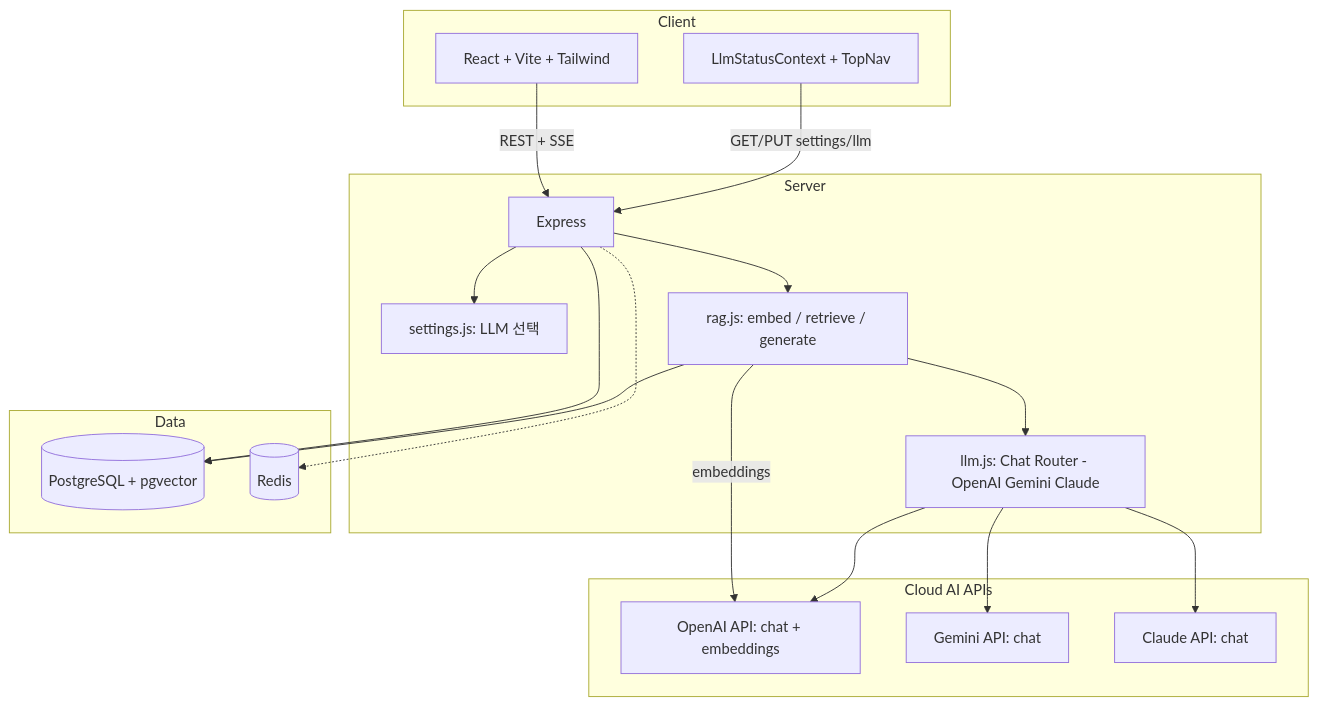
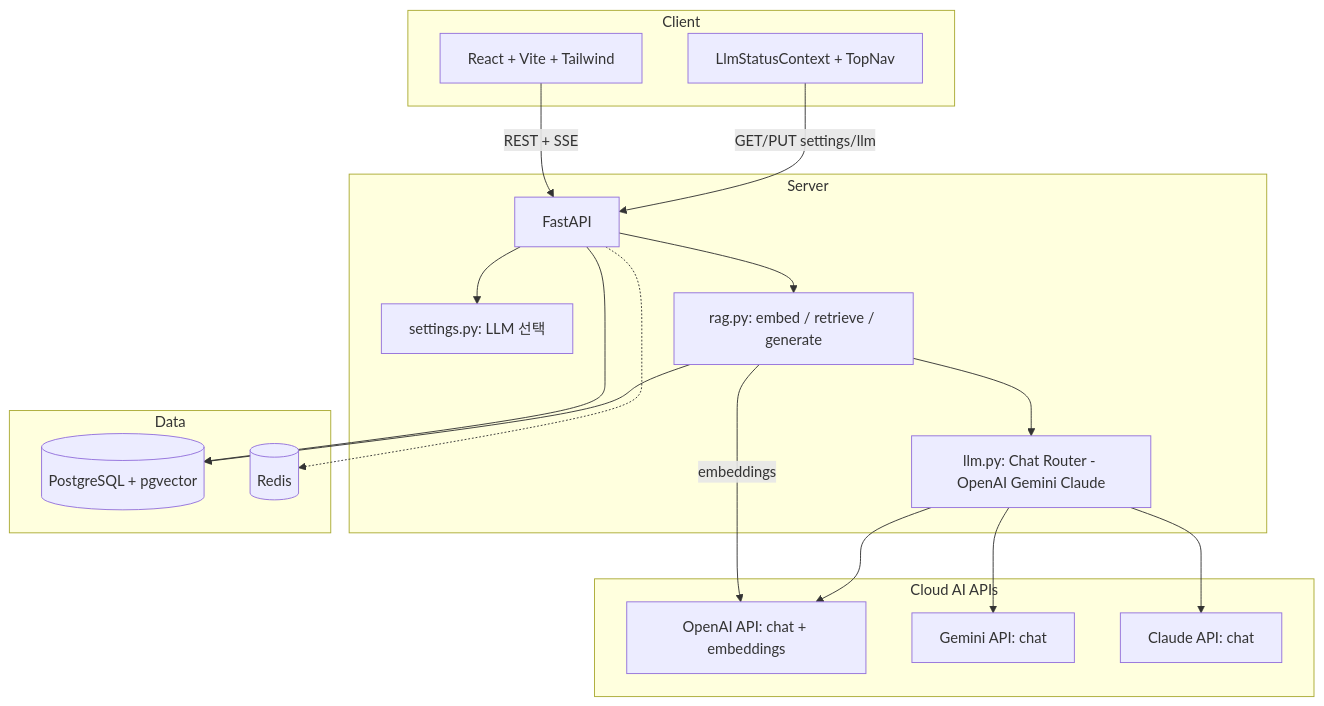
Before and after one commit to yoonJJ/cert-rag-platform: the first of 3 diagrams in README.md, drawn with Mermaid. The commit also changed other lines of this file and 38 other files, not shown here.

Commit message:
백엔드 FastAPI 전환 및 문서 단위 지식베이스·메뉴·청크 뷰어 개편

````diff
--- a/README.md
+++ b/README.md
@@ -84,34 +85,34 @@
 ```mermaid
 flowchart TB
   subgraph client [Client]
     UI[React + Vite + Tailwind]
     LLMUI[LlmStatusContext + TopNav]
   end
   subgraph server [Server]
-    API[Express]
-    SET[settings.js: LLM 선택]
-    RAG[rag.js: embed / retrieve / generate]
-    LLM[llm.js: Chat Router - OpenAI Gemini Claude]
+    API[FastAPI]
+    SET[settings.py: LLM 선택]
+    RAG[rag.py: embed / retrieve / generate]
+    LLM[llm.py: Chat Router - OpenAI Gemini Claude]
   end
   subgraph data [Data]
     PG[(PostgreSQL + pgvector)]
     RD[(Redis)]
   end
   subgraph cloud [Cloud AI APIs]
     OA[OpenAI API: chat + embeddings]
     GM[Gemini API: chat]
     CL[Claude API: chat]
   end
   UI -->|REST + SSE| API
   LLMUI -->|GET/PUT settings/llm| API
   API --> SET
   API --> RAG
   RAG --> LLM
   RAG -->|embeddings| OA
   LLM --> OA
   LLM --> GM
   LLM --> CL
   API --> PG
   API -.-> RD
   RAG --> PG
 ```
````
